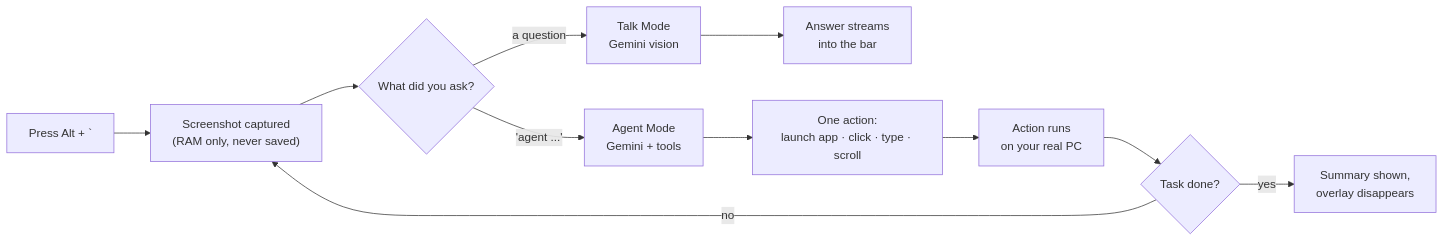
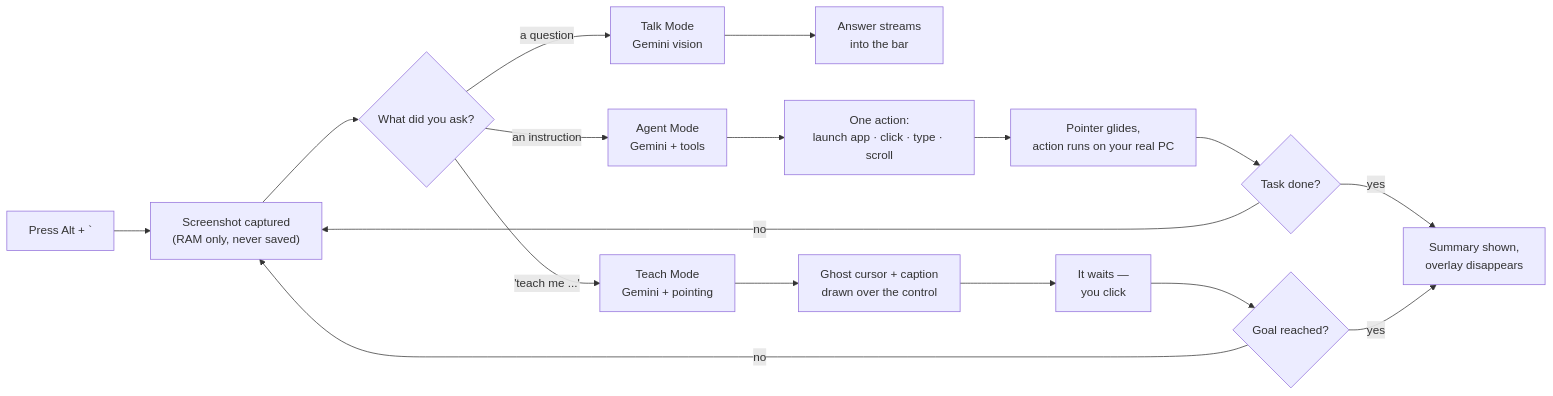
Before and after one commit to nikeshsundar/argus: the diagram in README.md, drawn with Mermaid. The commit also changed other lines of this file, not shown here.

First line of the commit message:
Document Teach Mode, pointer travel and intent routing

````diff
--- a/README.md
+++ b/README.md
@@ -83,13 +104,19 @@
 ```mermaid
 flowchart LR
     A["Press Alt + `"] --> B["Screenshot captured<br/>(RAM only, never saved)"]
     B --> C{What did you ask?}
     C -->|"a question"| D["Talk Mode<br/>Gemini vision"]
-    C -->|"'agent ...'"| E["Agent Mode<br/>Gemini + tools"]
+    C -->|"an instruction"| E["Agent Mode<br/>Gemini + tools"]
+    C -->|"'teach me ...'"| T["Teach Mode<br/>Gemini + pointing"]
     D --> F["Answer streams<br/>into the bar"]
     E --> G["One action:<br/>launch app · click · type · scroll"]
-    G --> H["Action runs<br/>on your real PC"]
+    G --> H["Pointer glides,<br/>action runs on your real PC"]
     H --> I{Task done?}
     I -->|no| B
     I -->|yes| J["Summary shown,<br/>overlay disappears"]
+    T --> U["Ghost cursor + caption<br/>drawn over the control"]
+    U --> V["It waits —<br/>you click"]
+    V --> W{Goal reached?}
+    W -->|no| B
+    W -->|yes| J
 ```
````
